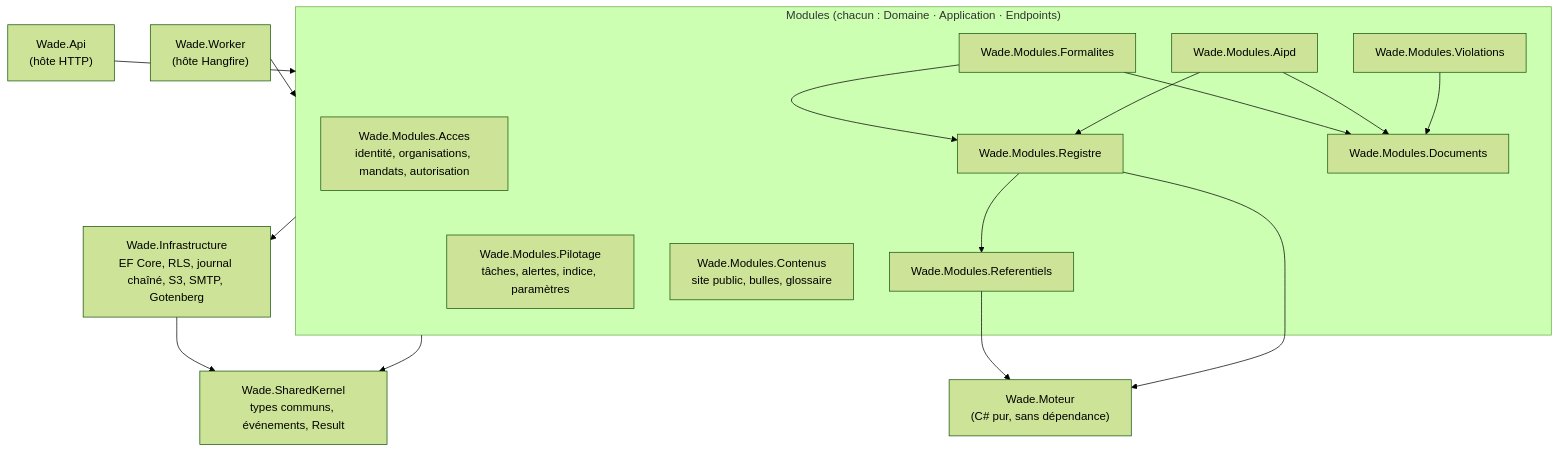
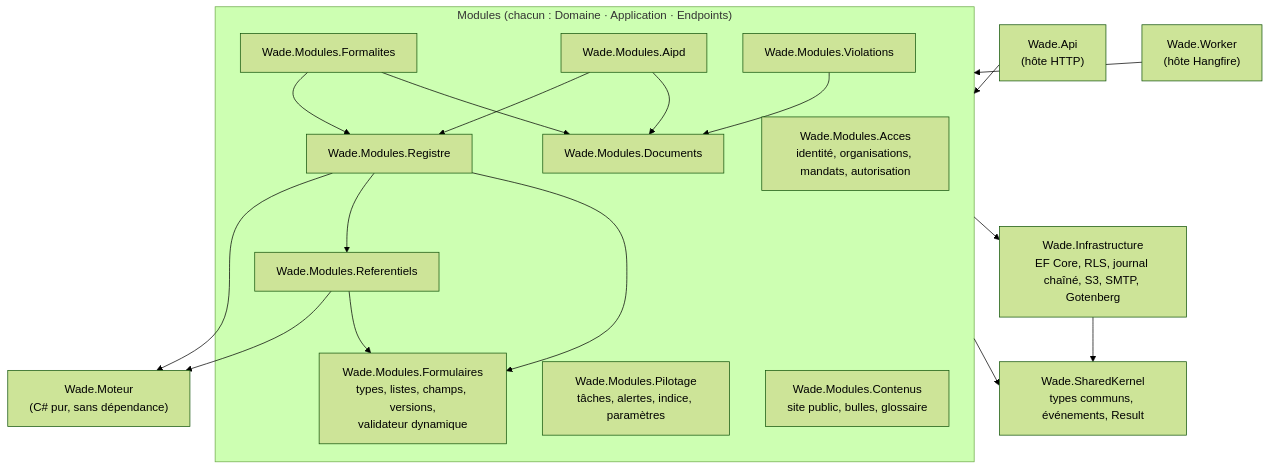
One commit to DEEVEN-k/ware changed the second of 2 diagrams in _modélisation/08-architecture-composants.md. Above: the diagram before and after it, drawn with Mermaid (forest theme). The commit also changed other lines of this file and 12 other files, not shown here.

````diff
--- a/_modélisation/08-architecture-composants.md
+++ b/_modélisation/08-architecture-composants.md
@@ -41,31 +41,34 @@
 ```mermaid
 flowchart TD
     API["Wade.Api<br/>(hôte HTTP)"]
     WK["Wade.Worker<br/>(hôte Hangfire)"]
     subgraph MODS["Modules (chacun : Domaine · Application · Endpoints)"]
         M1["Wade.Modules.Acces<br/>identité, organisations, mandats, autorisation"]
+        M10["Wade.Modules.Formulaires<br/>types, listes, champs, versions,<br/>validateur dynamique"]
         M2["Wade.Modules.Referentiels"]
         M3["Wade.Modules.Registre"]
         M4["Wade.Modules.Formalites"]
         M5["Wade.Modules.Aipd"]
         M6["Wade.Modules.Violations"]
         M7["Wade.Modules.Pilotage<br/>tâches, alertes, indice, paramètres"]
         M8["Wade.Modules.Documents"]
         M9["Wade.Modules.Contenus<br/>site public, bulles, glossaire"]
     end
     MOT["Wade.Moteur<br/>(C# pur, sans dépendance)"]
     SK["Wade.SharedKernel<br/>types communs, événements, Result"]
     INF["Wade.Infrastructure<br/>EF Core, RLS, journal chaîné, S3, SMTP, Gotenberg"]
 
     API --> MODS
     WK --> MODS
     M2 --> MOT
     M3 --> MOT
     M3 --> M2
+    M3 --> M10
+    M2 --> M10
     M4 --> M3
     M5 --> M3
     M4 & M5 & M6 --> M8
     MODS --> SK
     MODS --> INF
     INF --> SK
 ```
````
